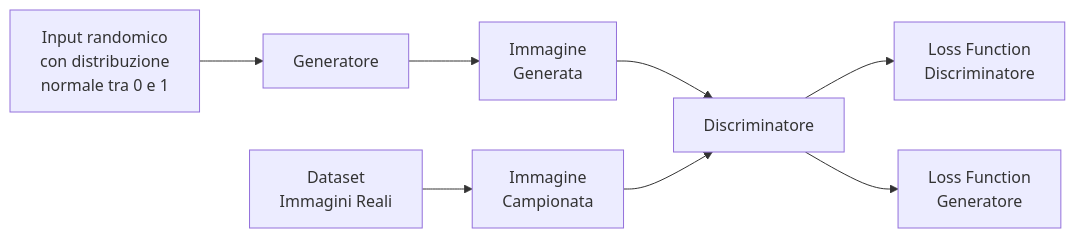
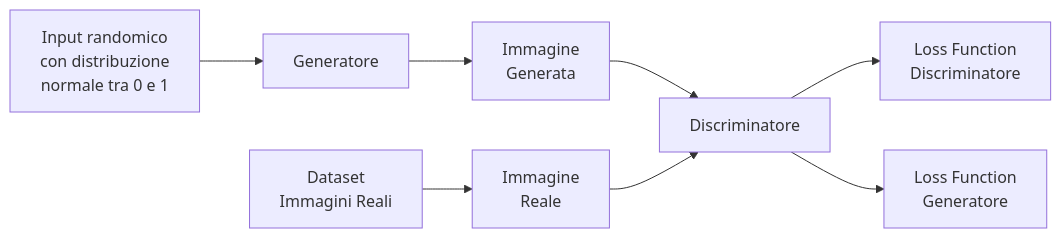
One commit to MassimilianoT/GAN-StudyOfArchitectures changed the first of 3 diagrams in README.md. Above: the diagram before and after it, drawn with Mermaid. The commit also changed other lines of this file, not shown here.

````diff
--- a/README.md
+++ b/README.md
@@ -89,19 +89,19 @@
 ```mermaid
 graph LR
 A[Input randomico <br> con distribuzione <br> normale tra 0 e 1]
 B[Generatore]
-C[Immagine<br>Generata]
+C[Immagine<br>Generata] 
 D[Dataset<br>Immagini Reali]
-E[Immagine<br>Campionata]
+E[Immagine<br>Reale]
 F[Discriminatore]
 G[Loss Function<br>Discriminatore]
 H[Loss Function<br>Generatore]
 
 A --> B
 B --> C
 D --> E
 C --> F
 E --> F
 F --> G
-F --> H
+F --> H 
 ```
````
